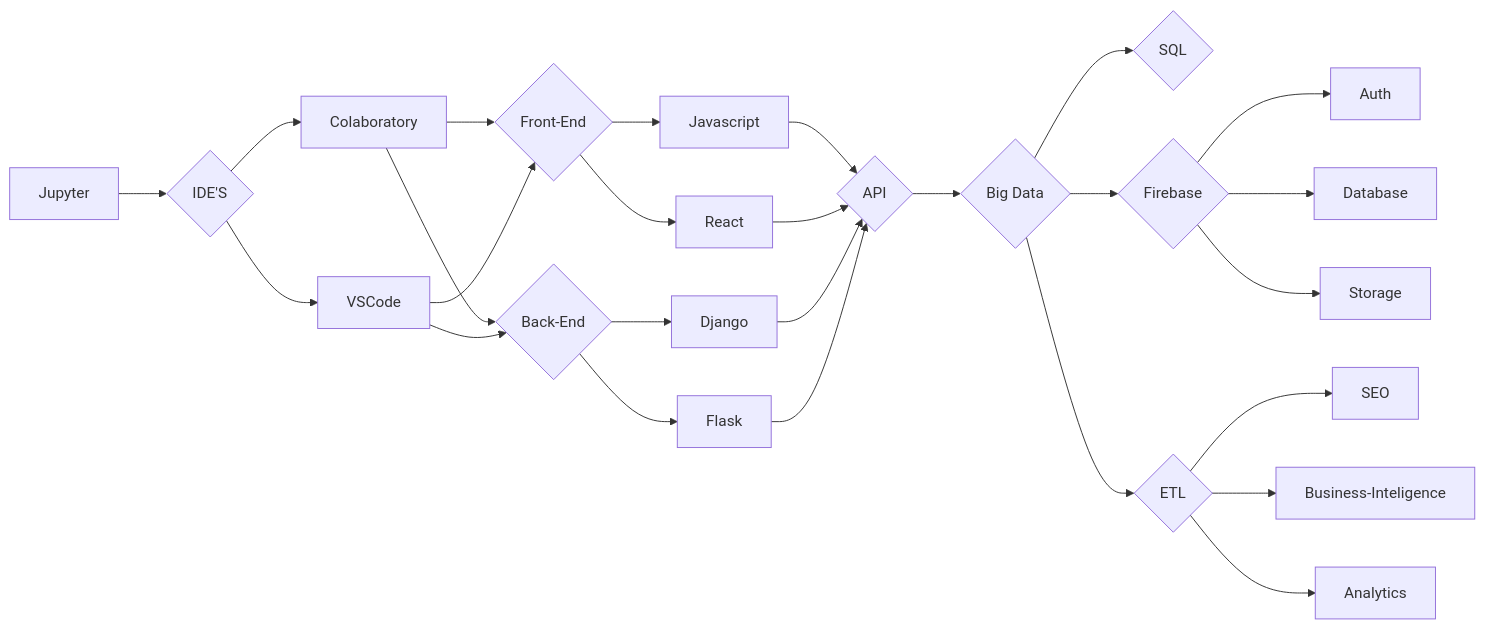
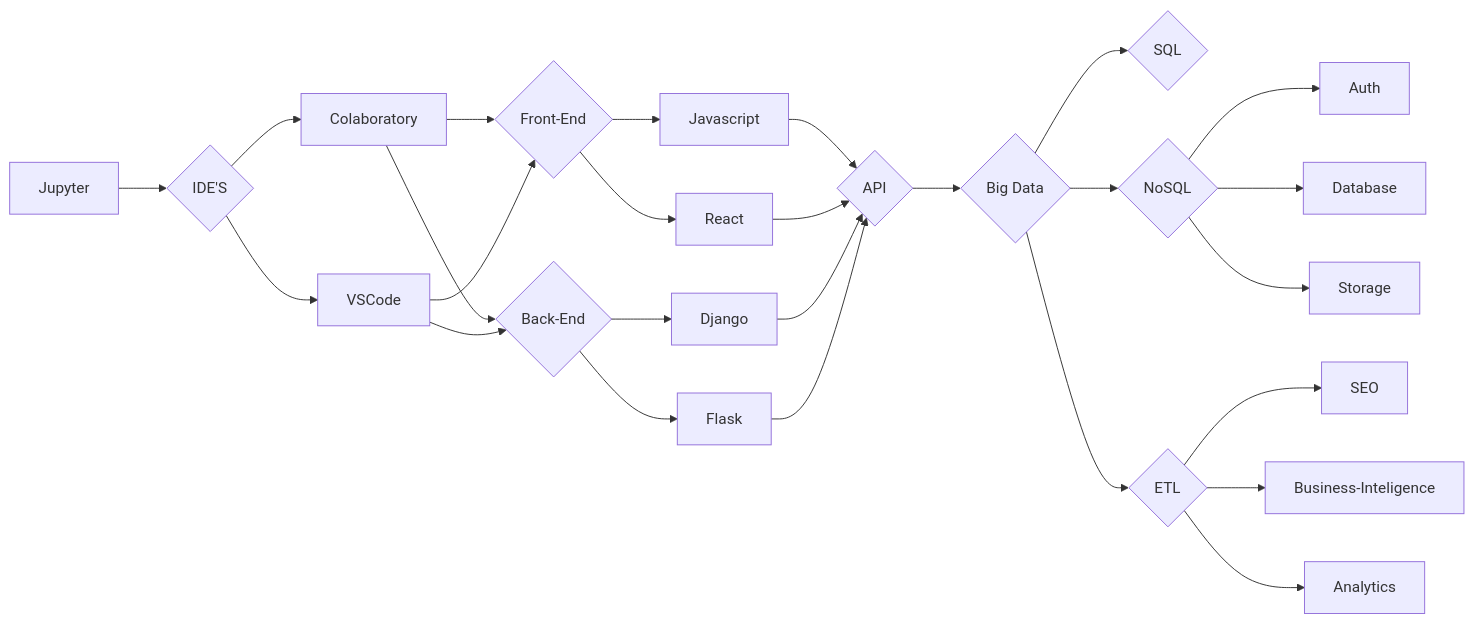
Before and after one commit to SauloCandeira/SauloCandeira: the first of 2 diagrams in README.md, drawn with Mermaid.

````diff
--- a/README.md
+++ b/README.md
@@ -61,38 +61,38 @@
 ```mermaid
 flowchart LR
 
 M[Jupyter] --> Z{IDE'S} 
 
 Z{IDE'S} --> K[Colaboratory]
 Z  --> L
 
 K[Colaboratory] --> A{Front-End} 
 K --> B{Back-End}
 L[VSCode] --> A{Front-End} 
 L --> B{Back-End}
 
 A{Front-End} --> I[Javascript] --> O{API} 
 A{Front-End} --> J[React] --> O{API} 
 
 B{Back-End} --> G[Django] --> O{API} 
 B{Back-End} --> H[Flask] --> O{API} 
 
 
 
 O{API} --> N{Big Data}
 
 N{Big Data} --> T{SQL}
 
 
-N{Big Data} --> C{Firebase}
+N{Big Data} --> C{NoSQL}
 
 N --> P{ETL}
 P --> Q[SEO]
 P --> R[Business-Inteligence]
 P --> S[Analytics]
 
 
 C --> D[Auth]
 C --> E[Database]
 C --> F[Storage]
 ```
````
